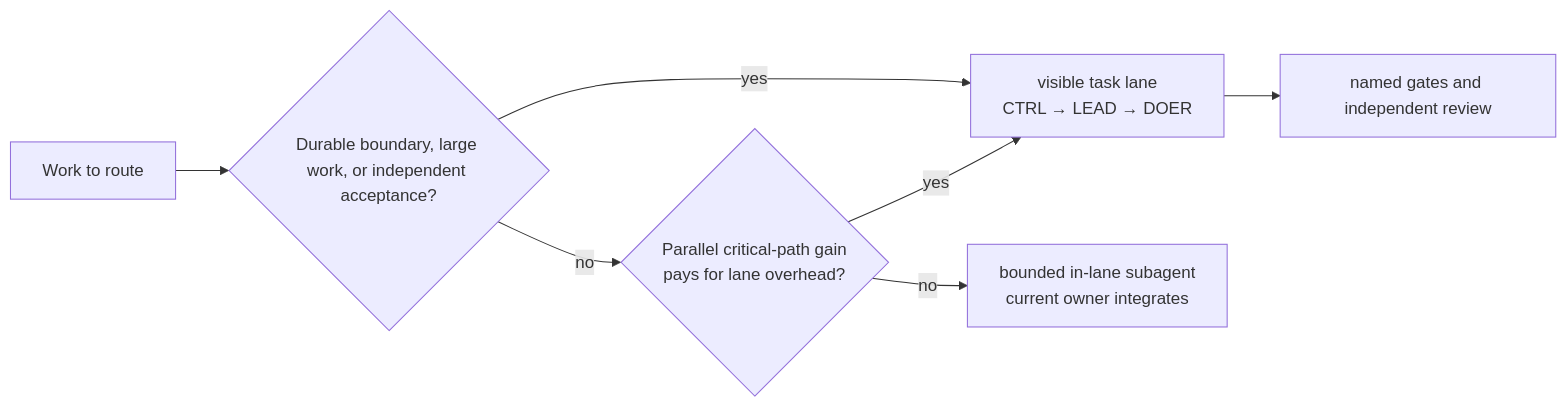
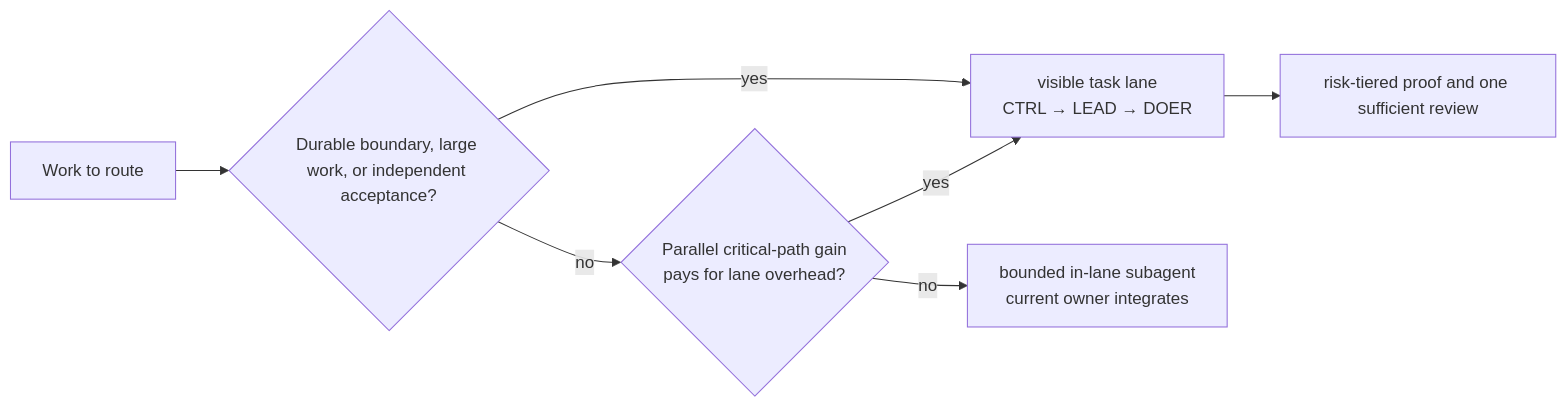
The second of 7 diagrams in README.md (flowwweb/swarm), drawn with Mermaid before and after one commit. The commit also changed other lines of this file and 39 other files, not shown here.

````diff
--- a/README.md
+++ b/README.md
@@ -54,9 +61,9 @@
 ```mermaid
 flowchart LR
   Q["Work to route"] --> B{"Durable boundary, large work, or independent acceptance?"}
   B -->|"yes"| L["visible task lane\nCTRL → LEAD → DOER"]
   B -->|"no"| E{"Parallel critical-path gain\npays for lane overhead?"}
   E -->|"yes"| L
   E -->|"no"| S["bounded in-lane subagent\ncurrent owner integrates"]
-  L --> R["named gates and independent review"]
+  L --> R["risk-tiered proof and one sufficient review"]
 ```
````
